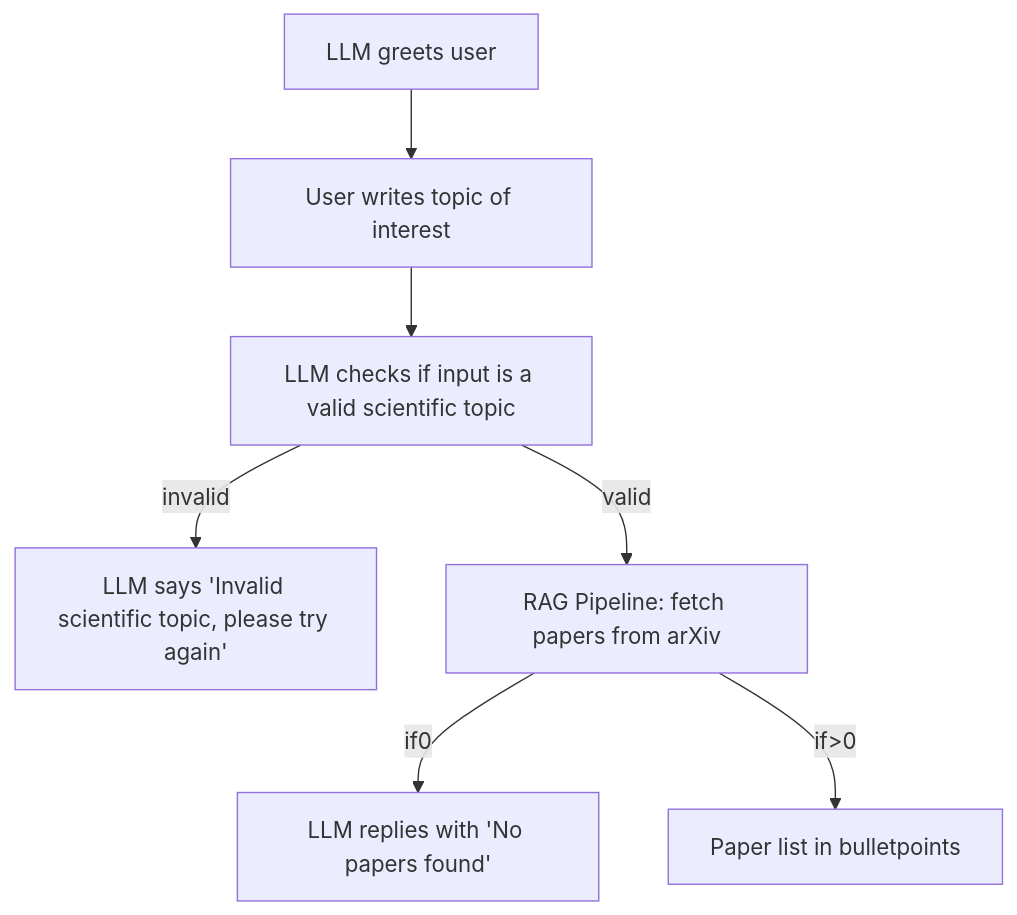
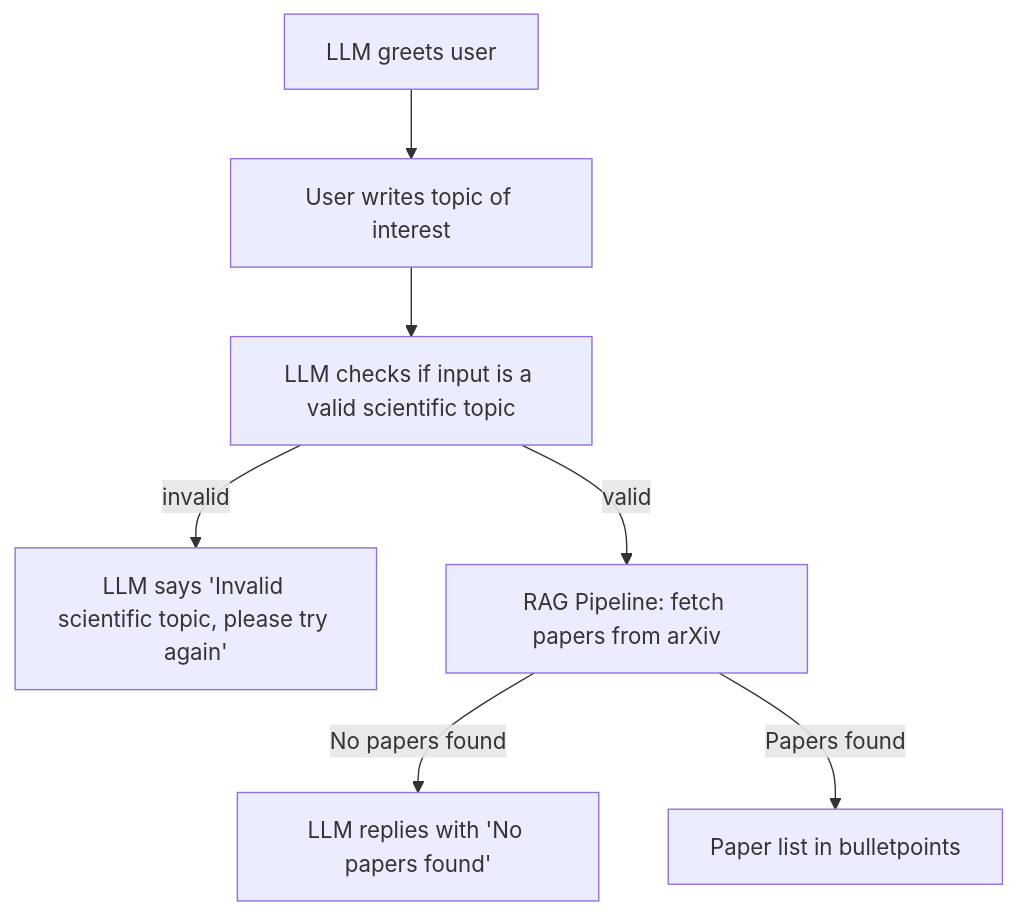
One commit to ammendes/ScholarSnap changed the diagram in README.md. Above: the diagram before and after it, drawn with Mermaid. The commit also changed other lines of this file, not shown here.

````diff
--- a/README.md
+++ b/README.md
@@ -94,16 +94,16 @@
 ```mermaid
 graph TD
 	greet["LLM greets user"]
 	user_input["User writes topic of interest"]
 	typo_check["LLM checks if input is a valid scientific topic"]
 	invalid["LLM says 'Invalid scientific topic, please try again'"]
 	rag["RAG Pipeline: fetch papers from arXiv"]
 	paper_list["Paper list in bulletpoints"]
 	no_papers["LLM replies with 'No papers found'"]
 
 	greet --> user_input --> typo_check
 	typo_check -- invalid --> invalid
 	typo_check -- valid --> rag
-	rag -- if0 --> no_papers
-	rag -- if>0 --> paper_list
+	rag -- "No papers found" --> no_papers
+	rag -- "Papers found" --> paper_list
 ```
````
